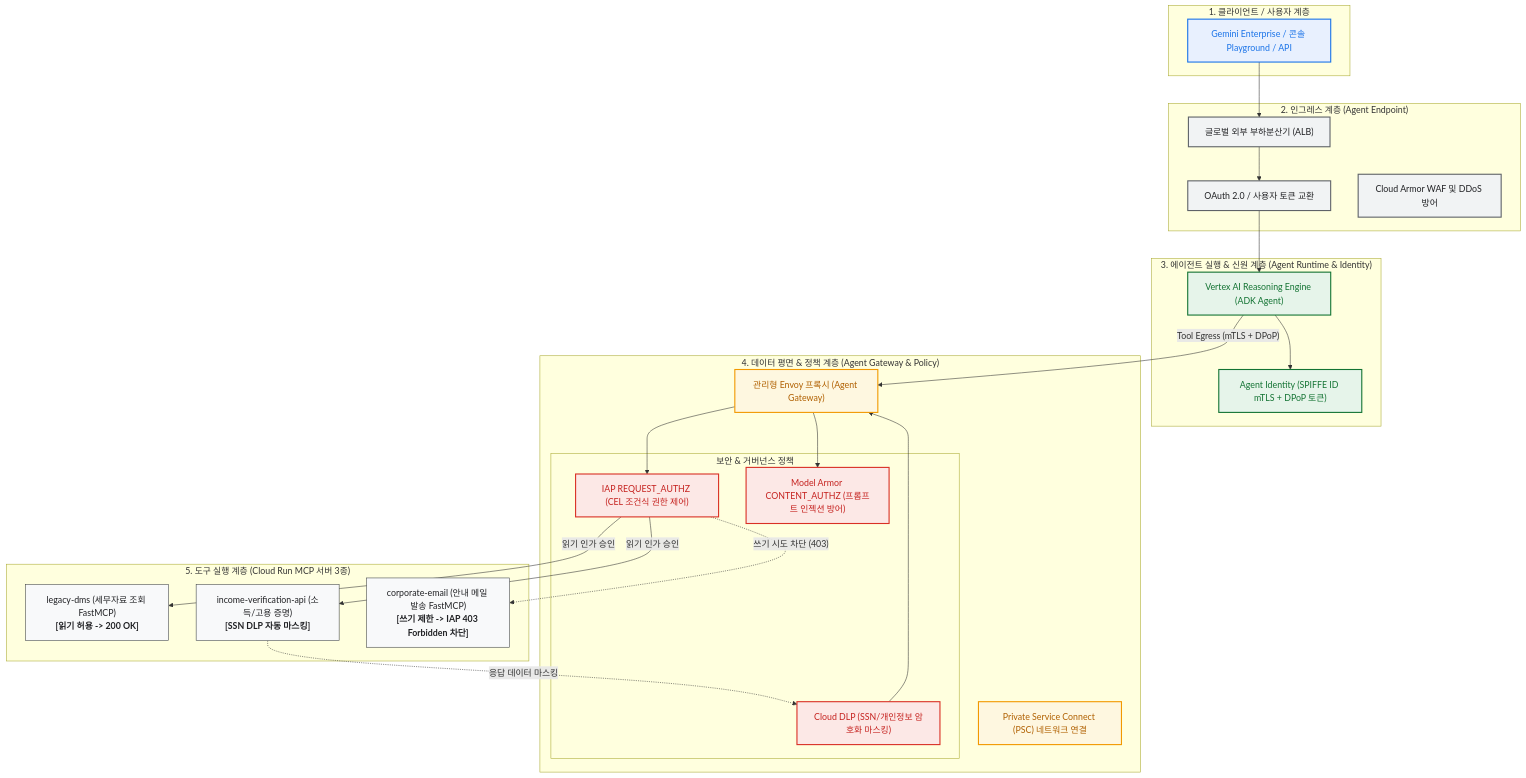
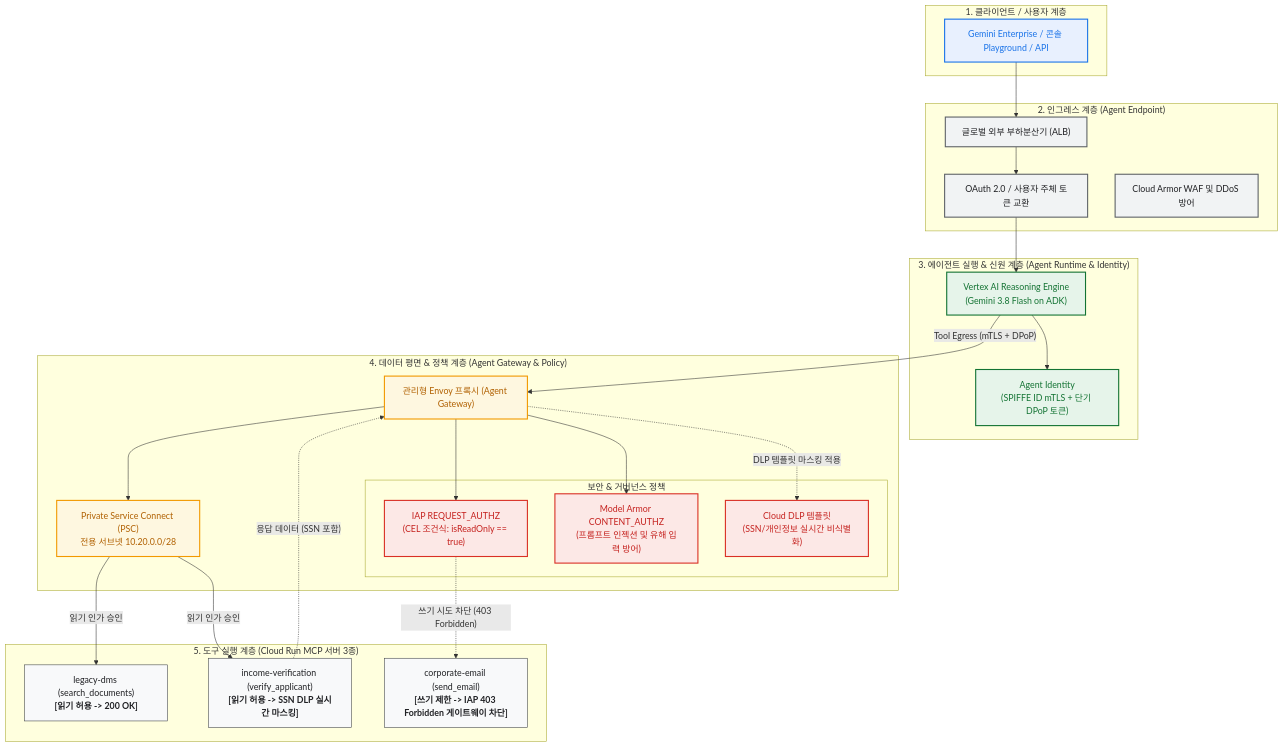
One commit to ddiger/gemini-enterprise-agent-engine changed the diagram in docs/GCP_DEPLOYMENT_GUIDE.ko.md. Above: the diagram before and after it, drawn with Mermaid. The commit also changed other lines of this file and 5 other files, not shown here.

Commit message:
fix: resolve review blockers, add API enablement, VPC customization, staging bucket, and fix CEL egress binding

````diff
--- a/docs/GCP_DEPLOYMENT_GUIDE.ko.md
+++ b/docs/GCP_DEPLOYMENT_GUIDE.ko.md
@@ -11,57 +11,58 @@
 ```mermaid
 flowchart TD
     classDef client fill:#E8F0FE,stroke:#1A73E8,stroke-width:2px,color:#1A73E8;
     classDef ingress fill:#F1F3F4,stroke:#5F6368,stroke-width:2px,color:#202124;
     classDef runtime fill:#E6F4EA,stroke:#137333,stroke-width:2px,color:#137333;
     classDef gateway fill:#FEF7E0,stroke:#F29900,stroke-width:2px,color:#B06000;
     classDef policy fill:#FCE8E6,stroke:#D93025,stroke-width:2px,color:#C5221F;
     classDef backend fill:#F8F9FA,stroke:#3C4043,stroke-width:1px,color:#202124;
 
     subgraph CLIENT_LAYER["1. 클라이언트 / 사용자 계층"]
         Client["Gemini Enterprise / 콘솔 Playground / API"]:::client
     end
 
     subgraph INGRESS_LAYER["2. 인그레스 계층 (Agent Endpoint)"]
         Endpoint["글로벌 외부 부하분산기 (ALB)"]:::ingress
-        OAuth["OAuth 2.0 / 사용자 토큰 교환"]:::ingress
+        OAuth["OAuth 2.0 / 사용자 주체 토큰 교환"]:::ingress
         CloudArmor["Cloud Armor WAF 및 DDoS 방어"]:::ingress
     end
 
     subgraph RUNTIME_LAYER["3. 에이전트 실행 & 신원 계층 (Agent Runtime & Identity)"]
-        Runtime["Vertex AI Reasoning Engine (ADK Agent)"]:::runtime
-        Identity["Agent Identity (SPIFFE ID mTLS + DPoP 토큰)"]:::runtime
+        Runtime["Vertex AI Reasoning Engine<br/>(Gemini 3.8 Flash on ADK)"]:::runtime
+        Identity["Agent Identity<br/>(SPIFFE ID mTLS + 단기 DPoP 토큰)"]:::runtime
     end
 
     subgraph GATEWAY_LAYER["4. 데이터 평면 & 정책 계층 (Agent Gateway & Policy)"]
         Gateway["관리형 Envoy 프록시 (Agent Gateway)"]:::gateway
-        PSC["Private Service Connect (PSC) 네트워크 연결"]:::gateway
+        PSC["Private Service Connect (PSC)<br/>전용 서브넷 10.20.0.0/28"]:::gateway
         
         subgraph POLICY_LAYER["보안 & 거버넌스 정책"]
-            IAP["IAP REQUEST_AUTHZ (CEL 조건식 권한 제어)"]:::policy
-            ModelArmor["Model Armor CONTENT_AUTHZ (프롬프트 인젝션 방어)"]:::policy
-            DLP["Cloud DLP (SSN/개인정보 암호화 마스킹)"]:::policy
+            IAP["IAP REQUEST_AUTHZ<br/>(CEL 조건식: isReadOnly == true)"]:::policy
+            ModelArmor["Model Armor CONTENT_AUTHZ<br/>(프롬프트 인젝션 및 유해 입력 방어)"]:::policy
+            DLP["Cloud DLP 템플릿<br/>(SSN/개인정보 실시간 비식별화)"]:::policy
         end
     end
 
     subgraph BACKEND_LAYER["5. 도구 실행 계층 (Cloud Run MCP 서버 3종)"]
-        DMS["legacy-dms (세무자료 조회 FastMCP)<br/><b>[읽기 허용 -> 200 OK]</b>"]:::backend
-        Payroll["income-verification-api (소득/고용 증명)<br/><b>[SSN DLP 자동 마스킹]</b>"]:::backend
-        Email["corporate-email (안내 메일 발송 FastMCP)<br/><b>[쓰기 제한 -> IAP 403 Forbidden 차단]</b>"]:::backend
+        DMS["legacy-dms (search_documents)<br/><b>[읽기 허용 -> 200 OK]</b>"]:::backend
+        Payroll["income-verification (verify_applicant)<br/><b>[읽기 허용 -> SSN DLP 실시간 마스킹]</b>"]:::backend
+        Email["corporate-email (send_email)<br/><b>[쓰기 제한 -> IAP 403 Forbidden 게이트웨이 차단]</b>"]:::backend
     end
 
     Client --> Endpoint
     Endpoint --> OAuth
     OAuth --> Runtime
     Runtime --> Identity
     Runtime -->|"Tool Egress (mTLS + DPoP)"| Gateway
 
     Gateway --> ModelArmor
     Gateway --> IAP
+    Gateway --> PSC
     
-    IAP -->|"읽기 인가 승인"| DMS
-    IAP -->|"읽기 인가 승인"| Payroll
-    Payroll -.->|"응답 데이터 마스킹"| DLP
-    DLP --> Gateway
+    PSC -->|"읽기 인가 승인"| DMS
+    PSC -->|"읽기 인가 승인"| Payroll
+    Payroll -.->|"응답 데이터 (SSN 포함)"| Gateway
+    Gateway -.->|"DLP 템플릿 마스킹 적용"| DLP
     
-    IAP -.->|"쓰기 시도 차단 (403)"| Email
+    IAP -.->|"쓰기 시도 차단 (403 Forbidden)"| Email
 ```
````
